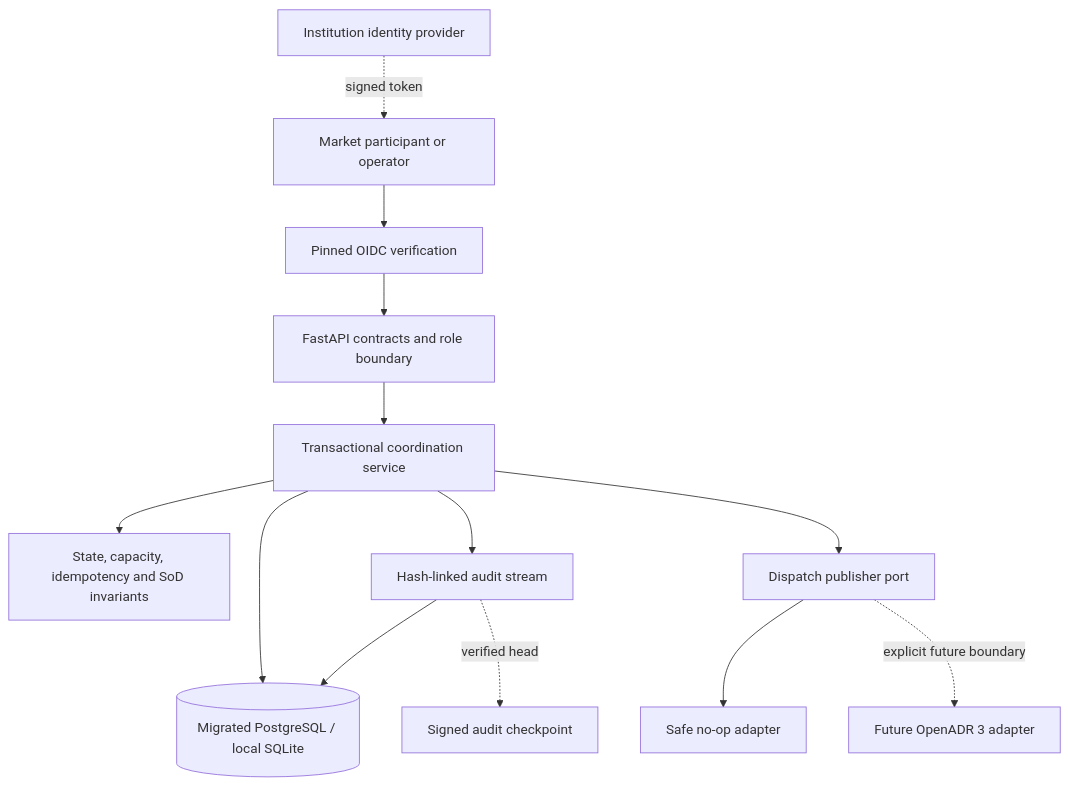
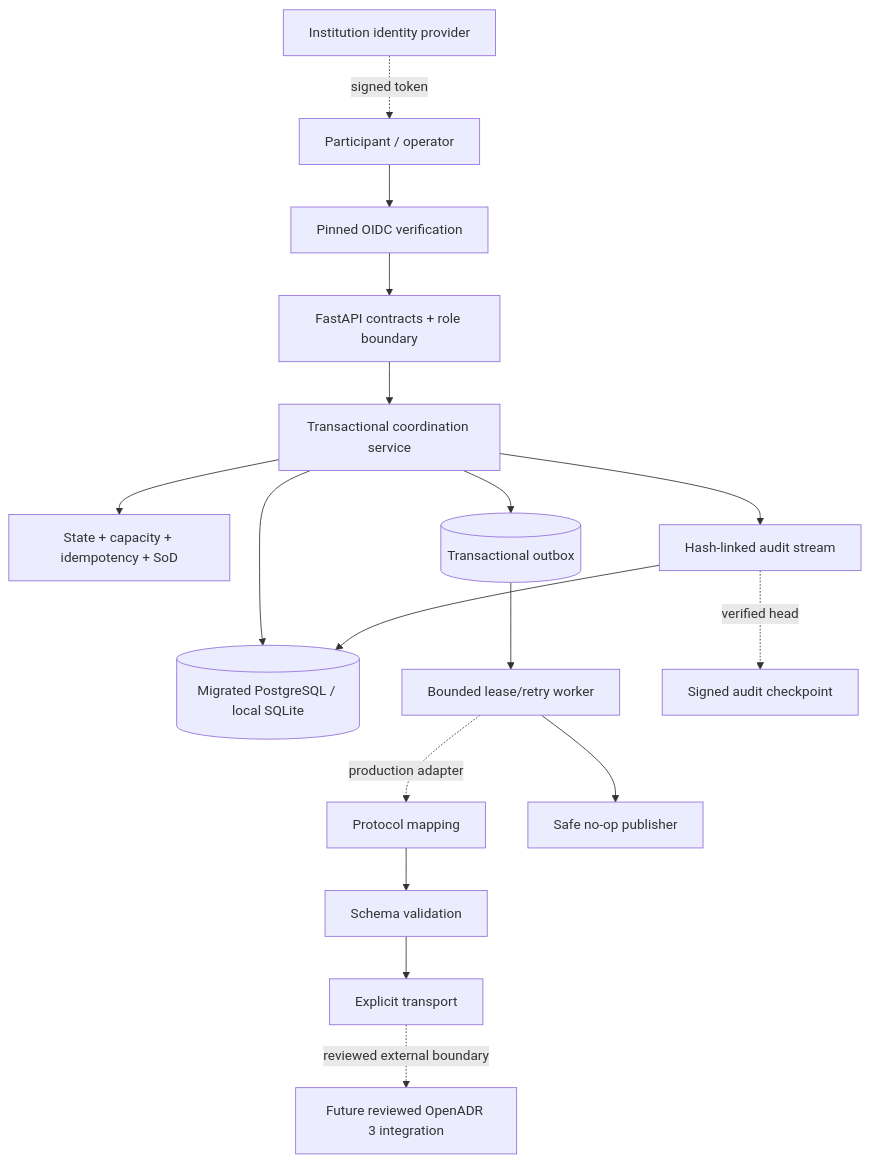
One commit to bilgekayali/energy-flex-trust-platform changed the second of 2 diagrams in README.md. Above: the diagram before and after it, drawn with Mermaid. The commit also changed other lines of this file, not shown here.

Commit message:
docs: position v0.3 reliable integration on path to v1.0

````diff
--- a/README.md
+++ b/README.md
@@ -149,25 +191,31 @@
 ```mermaid
 flowchart TB
     IdP[Institution identity provider]
-    Client[Market participant or operator]
+    Client[Participant / operator]
     Auth[Pinned OIDC verification]
-    API[FastAPI contracts and role boundary]
+    API[FastAPI contracts + role boundary]
     Service[Transactional coordination service]
-    Policy[State, capacity, idempotency and SoD invariants]
+    Policy[State + capacity + idempotency + SoD]
     DB[(Migrated PostgreSQL / local SQLite)]
+    Outbox[(Transactional outbox)]
+    Worker[Bounded lease/retry worker]
+    Mapper[Protocol mapping]
+    Validator[Schema validation]
+    Transport[Explicit transport]
+    Noop[Safe no-op publisher]
+    Future[Future reviewed OpenADR 3 integration]
     Audit[Hash-linked audit stream]
     Checkpoint[Signed audit checkpoint]
-    Port[Dispatch publisher port]
-    Noop[Safe no-op adapter]
-    Future[Future OpenADR 3 adapter]
 
     IdP -. signed token .-> Client
     Client --> Auth --> API --> Service
     Service --> Policy
     Service --> DB
+    Service --> Outbox
     Service --> Audit --> DB
     Audit -. verified head .-> Checkpoint
-    Service --> Port
-    Port --> Noop
-    Port -. explicit future boundary .-> Future
+    Outbox --> Worker
+    Worker --> Noop
+    Worker -. production adapter .-> Mapper --> Validator --> Transport
+    Transport -. reviewed external boundary .-> Future
 ```
````
